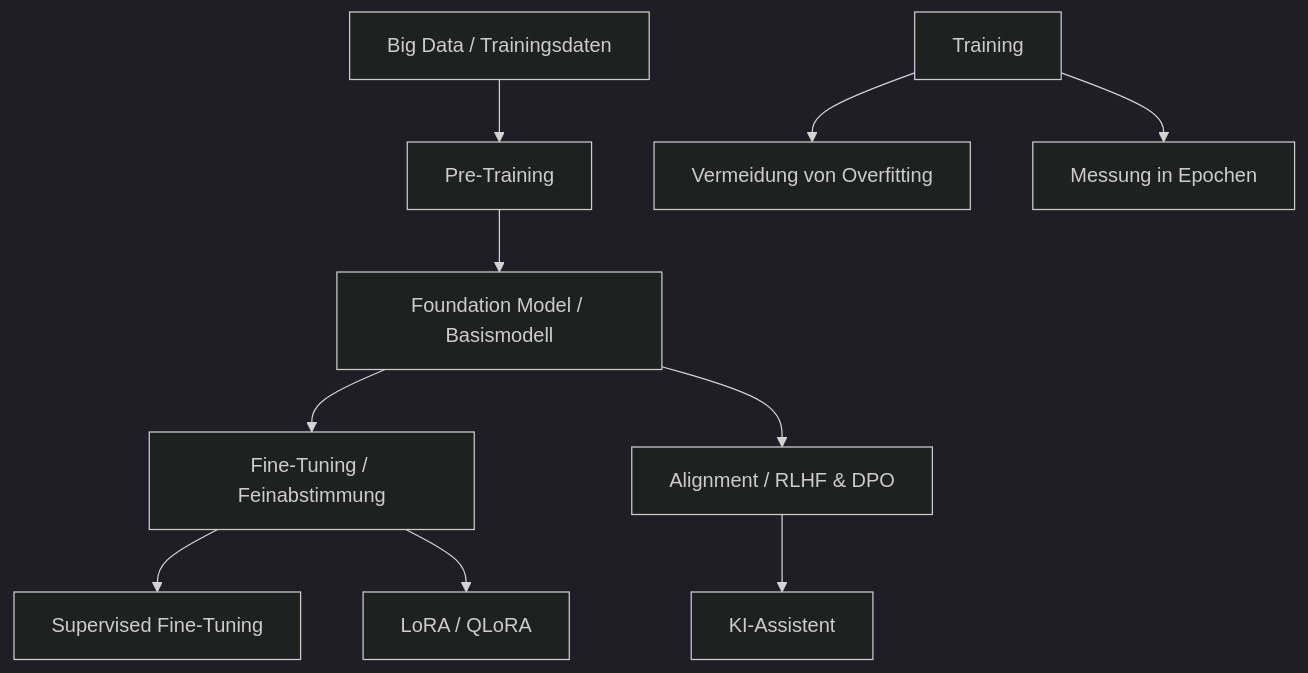
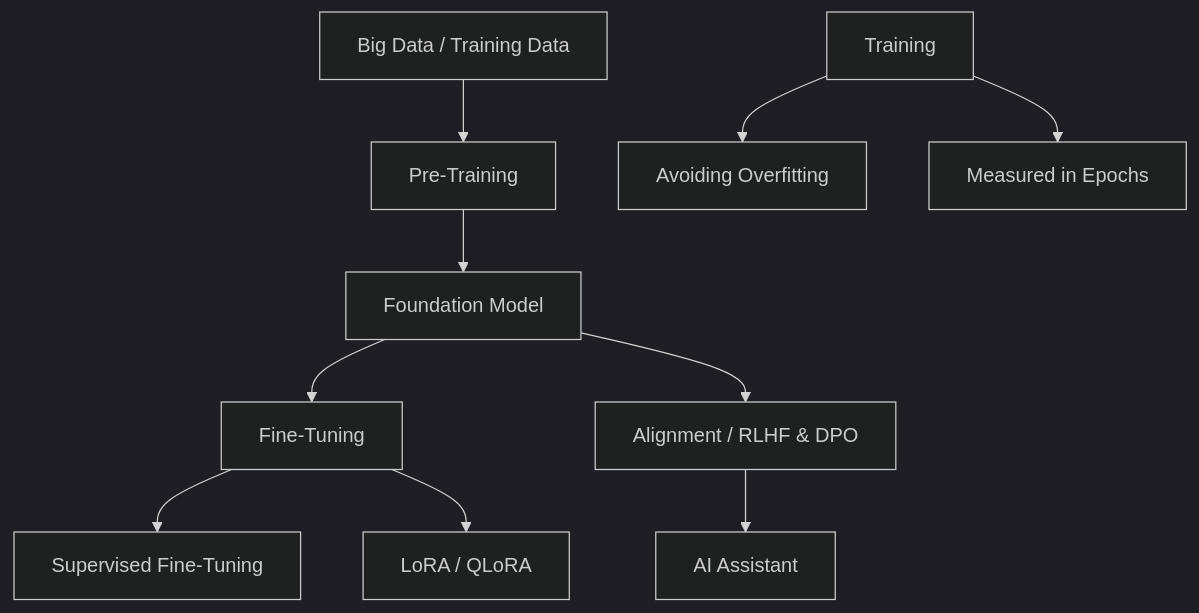
Before and after one commit to roger-infanger-weibel/ghostwriter.ai: the third of 19 diagrams in glossary/rendered/AI-Glossary.md, drawn with Mermaid (dark theme). The commit also changed other lines of this file and 24 other files, not shown here.

````diff
--- a/glossary/rendered/AI-Glossary.md
+++ b/glossary/rendered/AI-Glossary.md
@@ -83,15 +83,15 @@
 ```mermaid
 graph TD
-    Data[Big Data / Trainingsdaten] --> Pre[Pre-Training]
-    Pre --> FM[Foundation Model / Basismodell]
-    
-    FM --> Fine[Fine-Tuning / Feinabstimmung]
+    Data[Big Data / Training Data] --> Pre[Pre-Training]
+    Pre --> FM[Foundation Model]
+
+    FM --> Fine[Fine-Tuning]
     Fine --> SFT[Supervised Fine-Tuning]
     Fine --> LoRA[LoRA / QLoRA]
-    
+
     FM --> Align[Alignment / RLHF & DPO]
-    Align --> Asst[KI-Assistent]
-    
-    Train[Training] --> Over[Vermeidung von Overfitting]
-    Train --> Epoch[Messung in Epochen]
+    Align --> Asst[AI Assistant]
+
+    Train[Training] --> Over[Avoiding Overfitting]
+    Train --> Epoch[Measured in Epochs]
 ```
````
